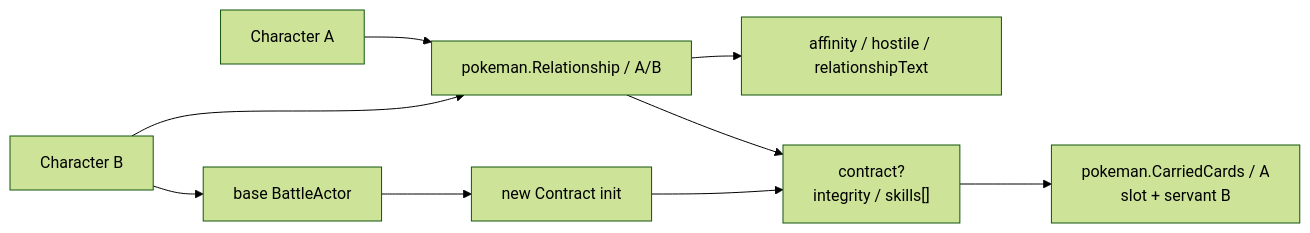
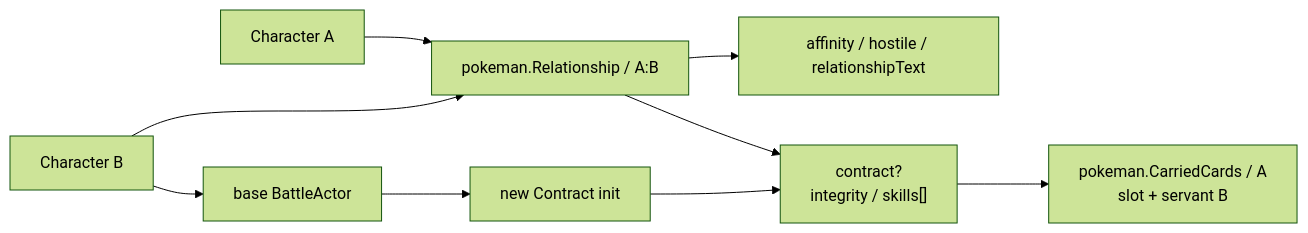
Before and after one commit to lithdoo/loom-realm: the eighth of 11 diagrams in examples/PokeMan/doc/65-data-model-diagram.md, drawn with Mermaid (forest theme). The commit also changed other lines of this file, not shown here.

Commit message:
docs(PokeMan): sync relationship key encoding

````diff
--- a/examples/PokeMan/doc/65-data-model-diagram.md
+++ b/examples/PokeMan/doc/65-data-model-diagram.md
@@ -200,11 +200,11 @@
 ```mermaid
 flowchart LR
-  A["Character A"] --> Rel["pokeman.Relationship / A/B"]
+  A["Character A"] --> Rel["pokeman.Relationship / A:B"]
   B["Character B"] --> Rel
   Rel --> Affinity["affinity / hostile / relationshipText"]
   Rel --> Contract["contract?\nintegrity / skills[]"]
   Contract --> Carried["pokeman.CarriedCards / A\nslot + servant B"]
   B --> BaseActor["base BattleActor"]
   BaseActor --> ContractInit["new Contract init"]
   ContractInit --> Contract
 ```
````
